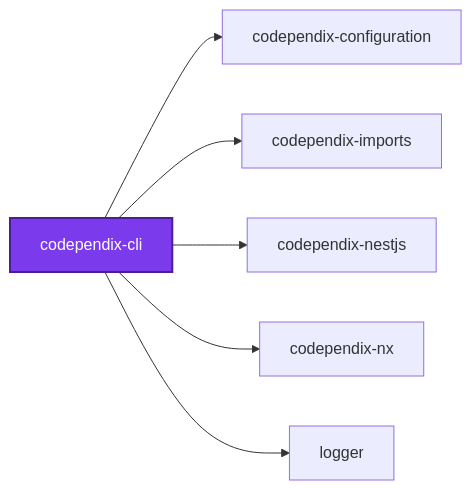
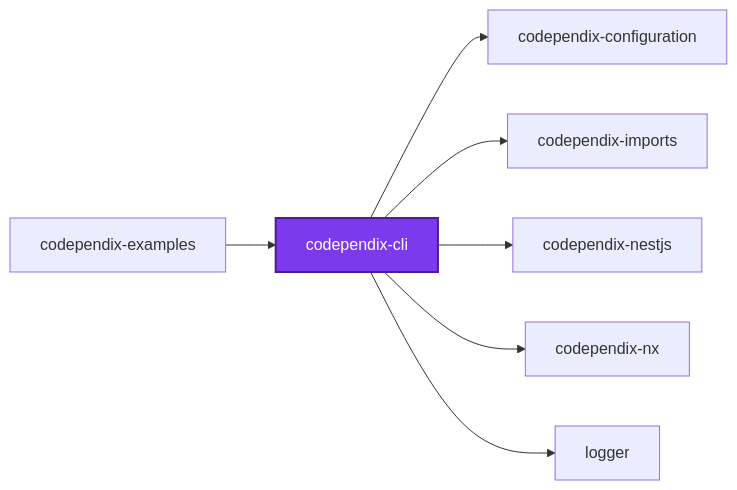
One commit to JimmyPaolini/codebase changed the first of 3 diagrams in packages/codependix-cli/README.md. Above: the diagram before and after it, drawn with Mermaid. The commit also changed other lines of this file and 25 other files, not shown here.

````diff
--- a/packages/codependix-cli/README.md
+++ b/packages/codependix-cli/README.md
@@ -97,16 +97,18 @@
 ```mermaid
 graph LR
   codependix_cli["codependix-cli"]
   codependix_configuration["codependix-configuration"]
+  codependix_examples["codependix-examples"]
   codependix_imports["codependix-imports"]
   codependix_nestjs["codependix-nestjs"]
   codependix_nx["codependix-nx"]
   logger["logger"]
   codependix_cli --> codependix_configuration
   codependix_cli --> codependix_imports
   codependix_cli --> codependix_nestjs
   codependix_cli --> codependix_nx
   codependix_cli --> logger
+  codependix_examples --> codependix_cli
   classDef subject fill:#7c3aed,color:#fff,stroke:#4c1d95,stroke-width:2px
   class codependix_cli subject
 ```
````
